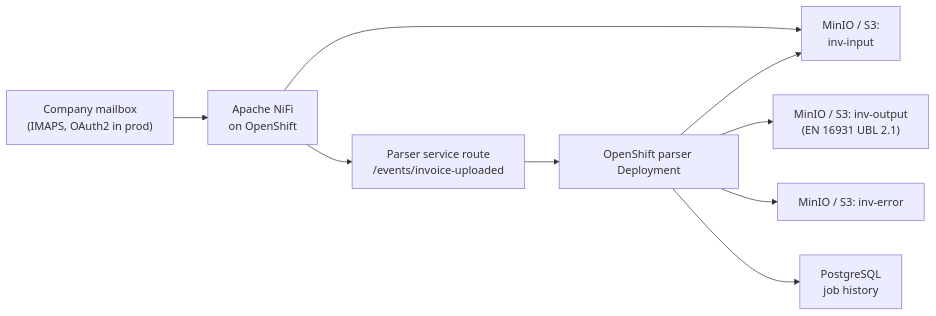
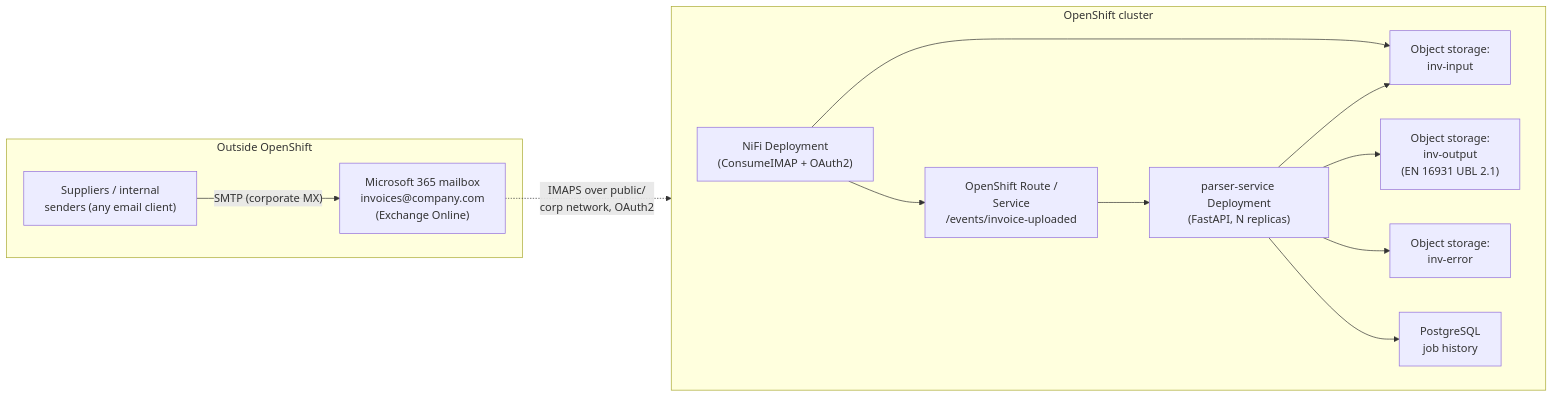
Before and after one commit to domisj-cloud/invoice-parser: the sixth of 6 diagrams in docs/architecture.md, drawn with Mermaid. The commit also changed other lines of this file and 1 other file, not shown here.

````diff
--- a/docs/architecture.md
+++ b/docs/architecture.md
@@ -254,11 +288,29 @@
 ```mermaid
 flowchart LR
-  mailbox["Company mailbox\n(IMAPS, OAuth2 in prod)"] --> nifi["Apache NiFi\non OpenShift"]
-  nifi --> minioIn["MinIO / S3:\ninv-input"]
-  nifi --> route["Parser service route\n/events/invoice-uploaded"]
-  route --> pod["OpenShift parser Deployment"]
-  pod --> minioIn
-  pod --> minioOut["MinIO / S3: inv-output\n(EN 16931 UBL 2.1)"]
-  pod --> minioErr["MinIO / S3: inv-error"]
-  pod --> db["PostgreSQL\njob history"]
+  subgraph external["Outside OpenShift"]
+    sender["Suppliers / internal\nsenders (any email client)"]
+    m365["Microsoft 365 mailbox\ninvoices@company.com\n(Exchange Online)"]
+    sender -->|"SMTP (corporate MX)"| m365
+  end
+
+  subgraph ocp["OpenShift cluster"]
+    direction LR
+    nifi["NiFi Deployment\n(ConsumeIMAP + OAuth2)"]
+    minioIn["Object storage:\ninv-input"]
+    minioOut["Object storage:\ninv-output\n(EN 16931 UBL 2.1)"]
+    minioErr["Object storage:\ninv-error"]
+    parser["parser-service Deployment\n(FastAPI, N replicas)"]
+    db["PostgreSQL\njob history"]
+    parserRoute["OpenShift Route /\nService\n/events/invoice-uploaded"]
+
+    nifi --> minioIn
+    nifi --> parserRoute
+    parserRoute --> parser
+    parser --> minioIn
+    parser --> minioOut
+    parser --> minioErr
+    parser --> db
+  end
+
+  m365 -.->|"IMAPS over public/\ncorp network, OAuth2"| nifi
 ```
````
